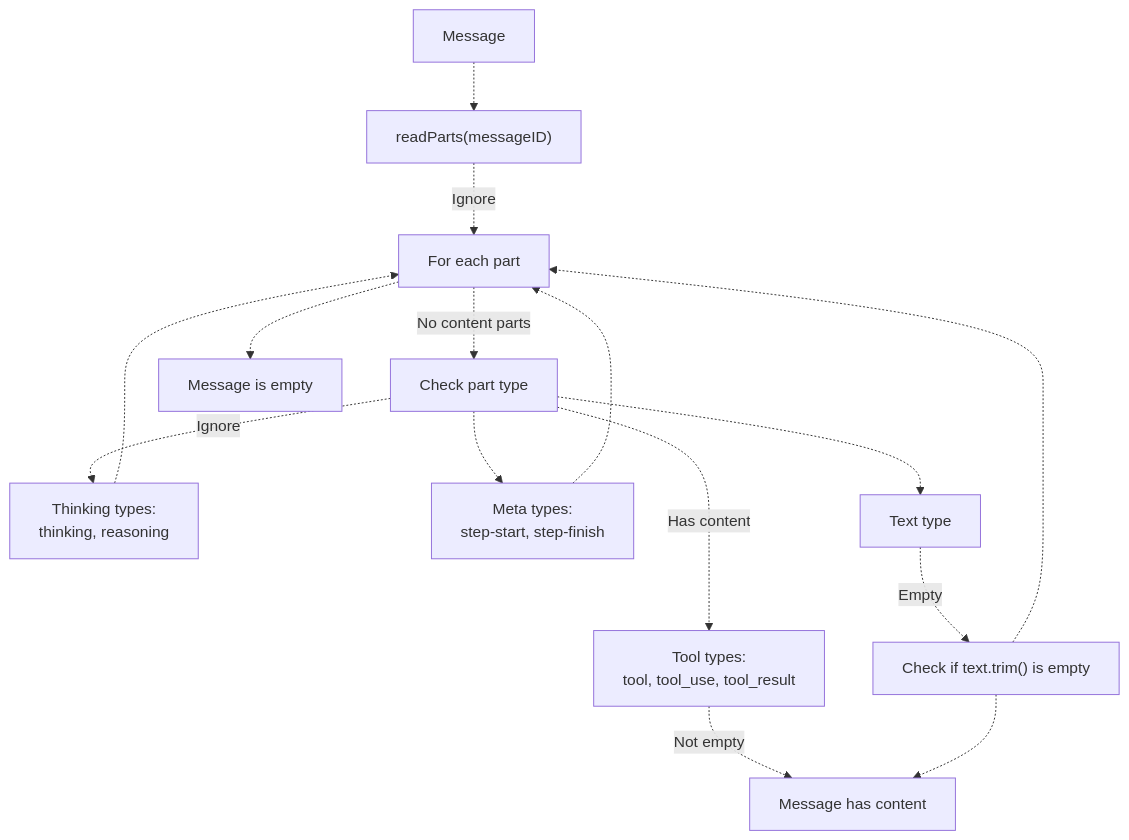
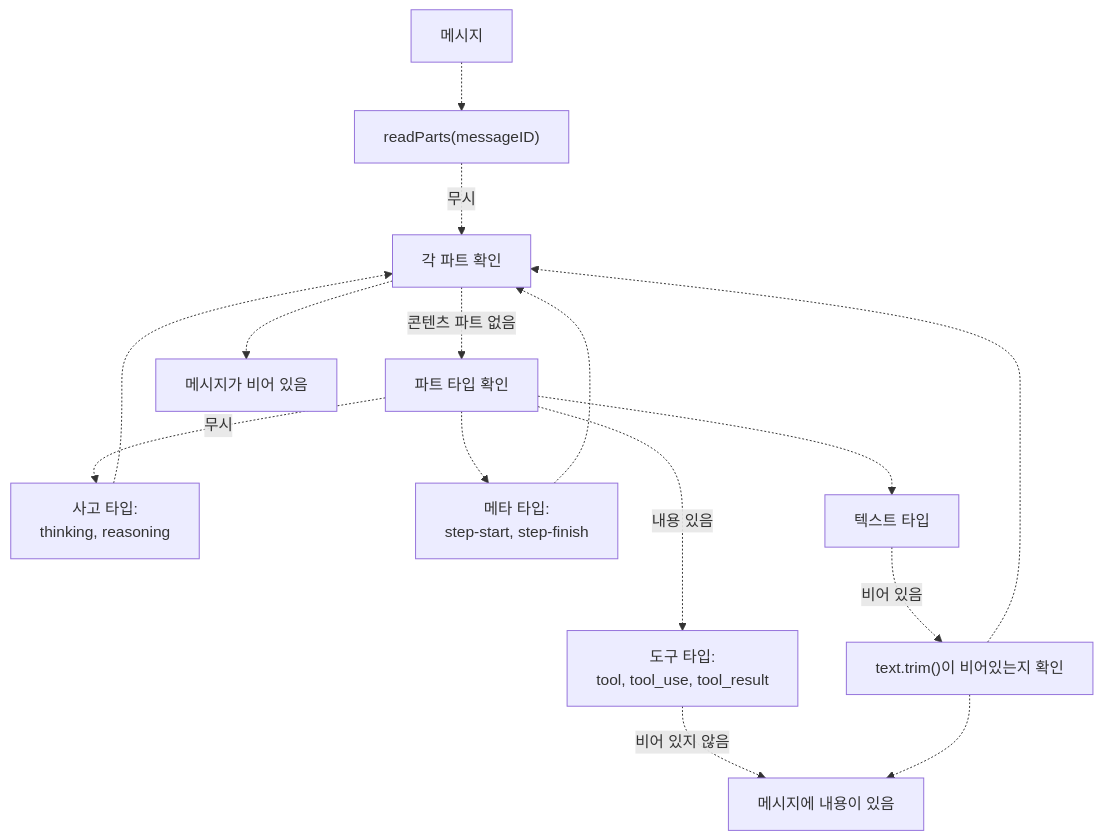
Before and after one commit to felipetruman/oh-my-opencode-docs: the sixth of 10 diagrams in docs/reliability/message-validation.md, drawn with Mermaid. The commit also changed other lines of this file and 76 other files, not shown here.

````diff
--- a/docs/reliability/message-validation.md
+++ b/docs/reliability/message-validation.md
@@ -257,30 +257,30 @@
 ```mermaid
 flowchart TD
 
-Message["Message"]
+Message["메시지"]
 ReadParts["readParts(messageID)"]
-CheckEach["For each part"]
-CheckType["Check part type"]
-IsThinking["Thinking types:<br>thinking, reasoning"]
-IsMeta["Meta types:<br>step-start, step-finish"]
-IsText["Text type"]
-IsToolUse["Tool types:<br>tool, tool_use, tool_result"]
-CheckText["Check if text.trim() is empty"]
-Empty["Message is empty"]
-HasContent["Message has content"]
+CheckEach["각 파트 확인"]
+CheckType["파트 타입 확인"]
+IsThinking["사고 타입:<br>thinking, reasoning"]
+IsMeta["메타 타입:<br>step-start, step-finish"]
+IsText["텍스트 타입"]
+IsToolUse["도구 타입:<br>tool, tool_use, tool_result"]
+CheckText["text.trim()이 비어있는지 확인"]
+Empty["메시지가 비어 있음"]
+HasContent["메시지에 내용이 있음"]
 
 Message -.-> ReadParts
-ReadParts -.->|"Ignore"| CheckEach
-CheckEach -.->|"No content parts"| CheckType
-CheckType -.->|"Ignore"| IsThinking
+ReadParts -.->|"무시"| CheckEach
+CheckEach -.->|"콘텐츠 파트 없음"| CheckType
+CheckType -.->|"무시"| IsThinking
 CheckType -.-> IsMeta
 CheckType -.-> IsText
-CheckType -.->|"Has content"| IsToolUse
+CheckType -.->|"내용 있음"| IsToolUse
 IsThinking -.-> CheckEach
 IsMeta -.-> CheckEach
-IsToolUse -.->|"Not empty"| HasContent
-IsText -.->|"Empty"| CheckText
+IsToolUse -.->|"비어 있지 않음"| HasContent
+IsText -.->|"비어 있음"| CheckText
 CheckText -.-> CheckEach
 CheckText -.-> HasContent
 CheckEach -.-> Empty
 ```
````
